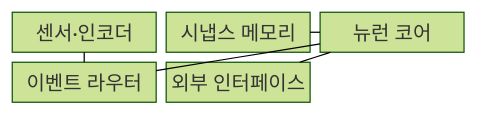
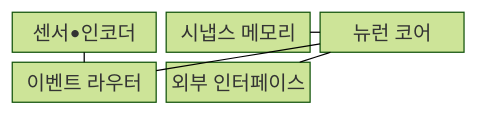
One commit to agnusdei1207/knowledge-base changed the first of 2 diagrams in src/content/docs/notes/08-latest-tech/149_neuromorphic_computing.md. Above: the diagram before and after it, drawn with Mermaid (forest theme). The commit also changed other lines of this file and 953 other files, not shown here.

````diff
--- a/src/content/docs/notes/08-latest-tech/149_neuromorphic_computing.md
+++ b/src/content/docs/notes/08-latest-tech/149_neuromorphic_computing.md
@@ -68,13 +68,13 @@
 ```mermaid
 block-beta
   columns 3
-  encoder["센서·인코더"]
+  encoder["센서•인코더"]
   synapse["시냅스 메모리"]
   neuron["뉴런 코어"]
   router["이벤트 라우터"]
   interface["외부 인터페이스"]
   encoder --- router
   router --- neuron
   synapse --- neuron
   neuron --- interface
 ```
````
